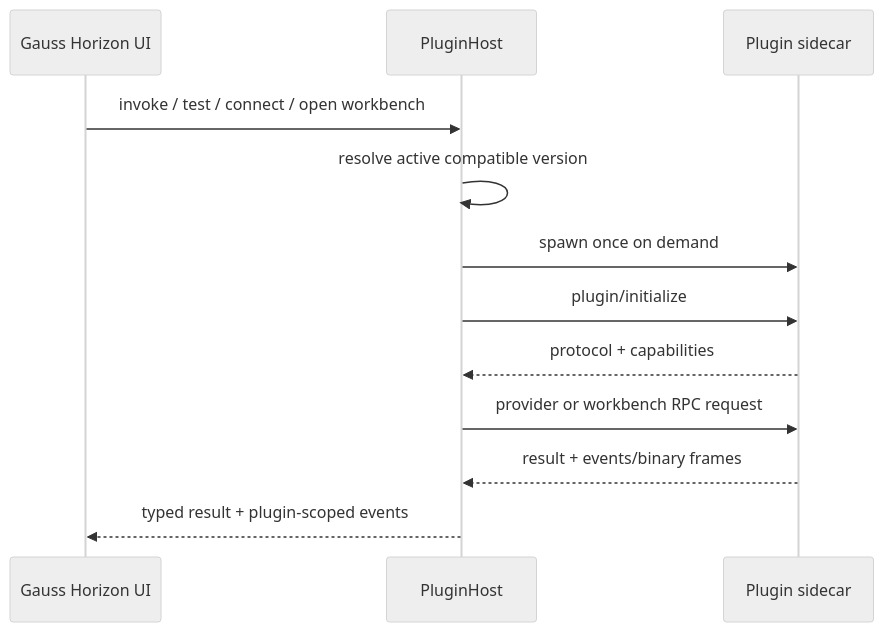
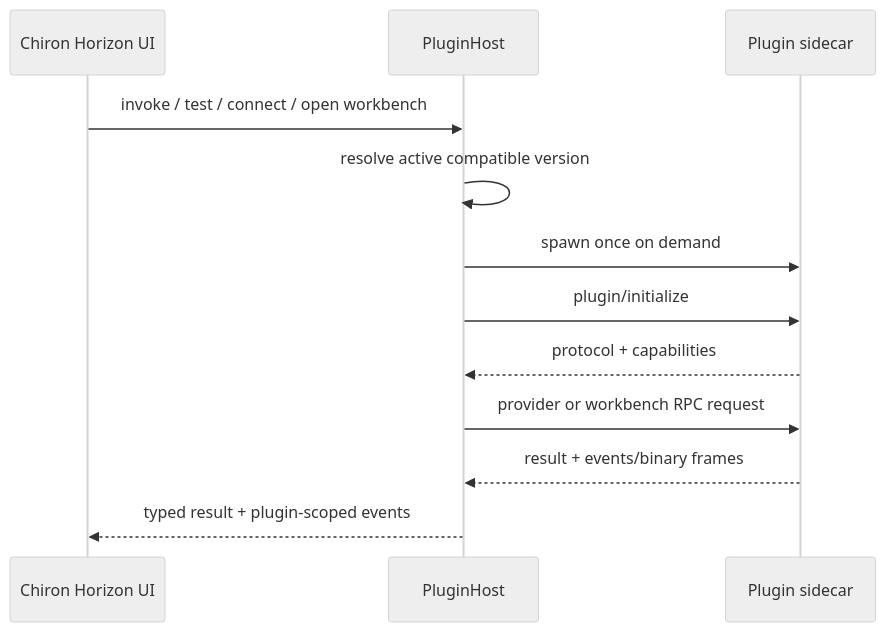
One commit to Gaussian-id/Chiron-DBMS changed the diagram in plugins/README.md. Above: the diagram before and after it, drawn with Mermaid (neutral theme). The commit also changed other lines of this file and 2331 other files, not shown here.

Commit message:
feat: rebrand application as Chiron Horizon

````diff
--- a/plugins/README.md
+++ b/plugins/README.md
@@ -441,14 +441,14 @@
 ```mermaid
 sequenceDiagram
-  participant UI as Gauss Horizon UI
+  participant UI as Chiron Horizon UI
   participant Host as PluginHost
   participant Sidecar as Plugin sidecar
   UI->>Host: invoke / test / connect / open workbench
   Host->>Host: resolve active compatible version
   Host->>Sidecar: spawn once on demand
   Host->>Sidecar: plugin/initialize
   Sidecar-->>Host: protocol + capabilities
   Host->>Sidecar: provider or workbench RPC request
   Sidecar-->>Host: result + events/binary frames
   Host-->>UI: typed result + plugin-scoped events
 ```
````
